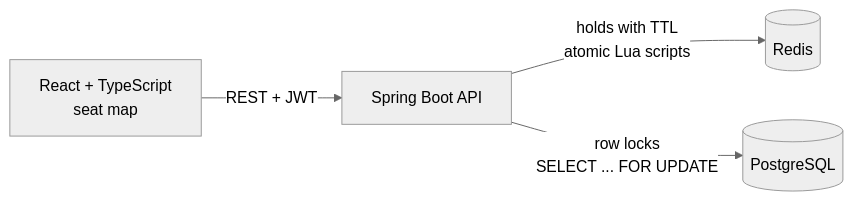
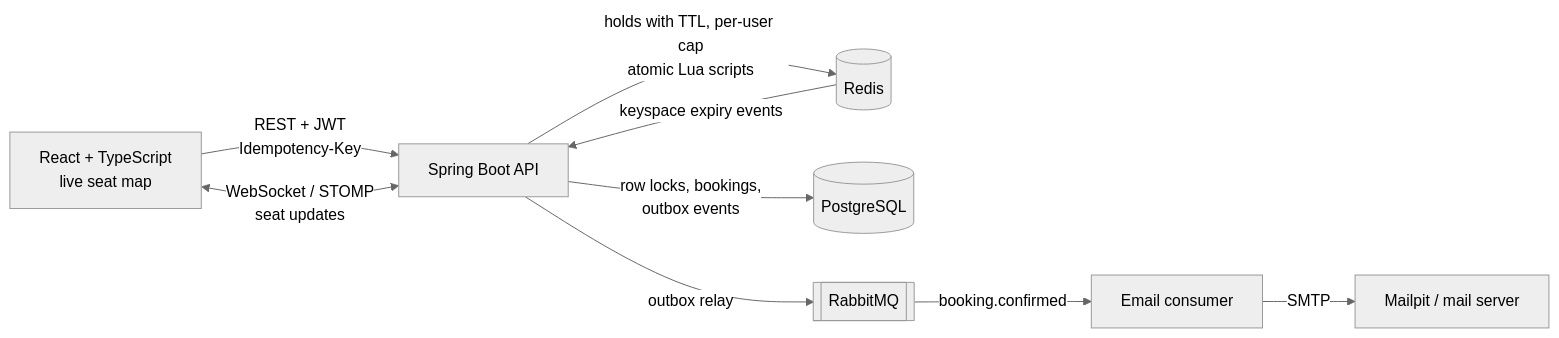
One commit to yepurirevanth06/seatlock changed the diagram in README.md. Above: the diagram before and after it, drawn with Mermaid (neutral theme). The commit also changed other lines of this file, not shown here.

````diff
--- a/README.md
+++ b/README.md
@@ -11,6 +14,11 @@
 ```mermaid
 flowchart LR
-    UI[React + TypeScript<br/>seat map] -->|REST + JWT| API[Spring Boot API]
-    API -->|holds with TTL<br/>atomic Lua scripts| R[(Redis)]
-    API -->|row locks<br/>SELECT ... FOR UPDATE| PG[(PostgreSQL)]
+    UI[React + TypeScript<br/>live seat map] -->|REST + JWT<br/>Idempotency-Key| API[Spring Boot API]
+    UI <-->|WebSocket / STOMP<br/>seat updates| API
+    API -->|holds with TTL, per-user cap<br/>atomic Lua scripts| R[(Redis)]
+    R -->|keyspace expiry events| API
+    API -->|row locks, bookings,<br/>outbox events| PG[(PostgreSQL)]
+    API -->|outbox relay| MQ[[RabbitMQ]]
+    MQ -->|booking.confirmed| W[Email consumer]
+    W -->|SMTP| M[Mailpit / mail server]
 ```
````
